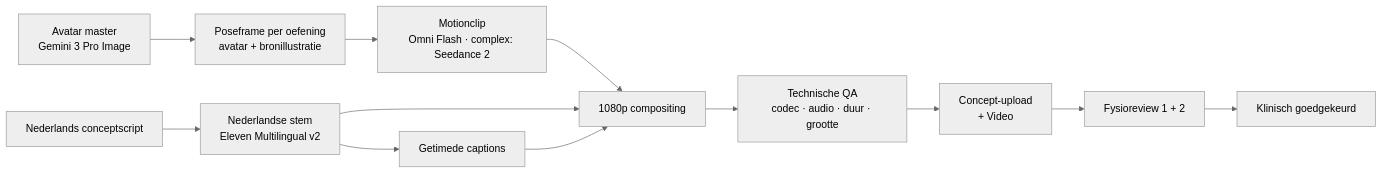
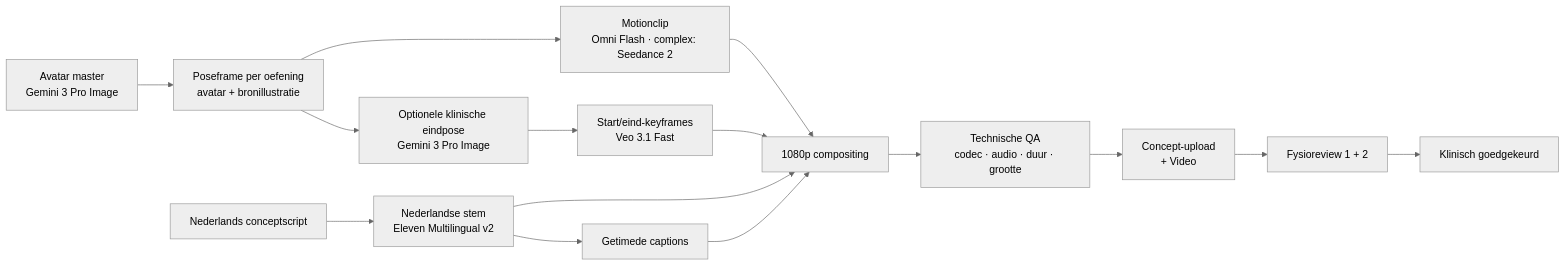
Before and after one commit to cartonn/Fysiplan: the second of 2 diagrams in docs/video-contentfabriek.md, drawn with Mermaid (neutral theme). The commit also changed other lines of this file and 2 other files, not shown here.

Commit message:
Versterk videograph met klinische keyframes en fallback

````diff
--- a/docs/video-contentfabriek.md
+++ b/docs/video-contentfabriek.md
@@ -94,14 +95,17 @@
 ```mermaid
 flowchart LR
   A["Avatar master\nGemini 3 Pro Image"] --> P["Poseframe per oefening\navatar + bronillustratie"]
+  P --> E["Optionele klinische eindpose\nGemini 3 Pro Image"]
   P --> M["Motionclip\nOmni Flash · complex: Seedance 2"]
+  E --> K["Start/eind-keyframes\nVeo 3.1 Fast"]
   S["Nederlands conceptscript"] --> V["Nederlandse stem\nEleven Multilingual v2"]
   V --> C["Getimede captions"]
   M --> F["1080p compositing"]
+  K --> F
   V --> F
   C --> F
   F --> Q["Technische QA\ncodec · audio · duur · grootte"]
   Q --> U["Concept-upload\n+ Video"]
   U --> R["Fysioreview 1 + 2"]
   R --> G["Klinisch goedgekeurd"]
 ```
````
